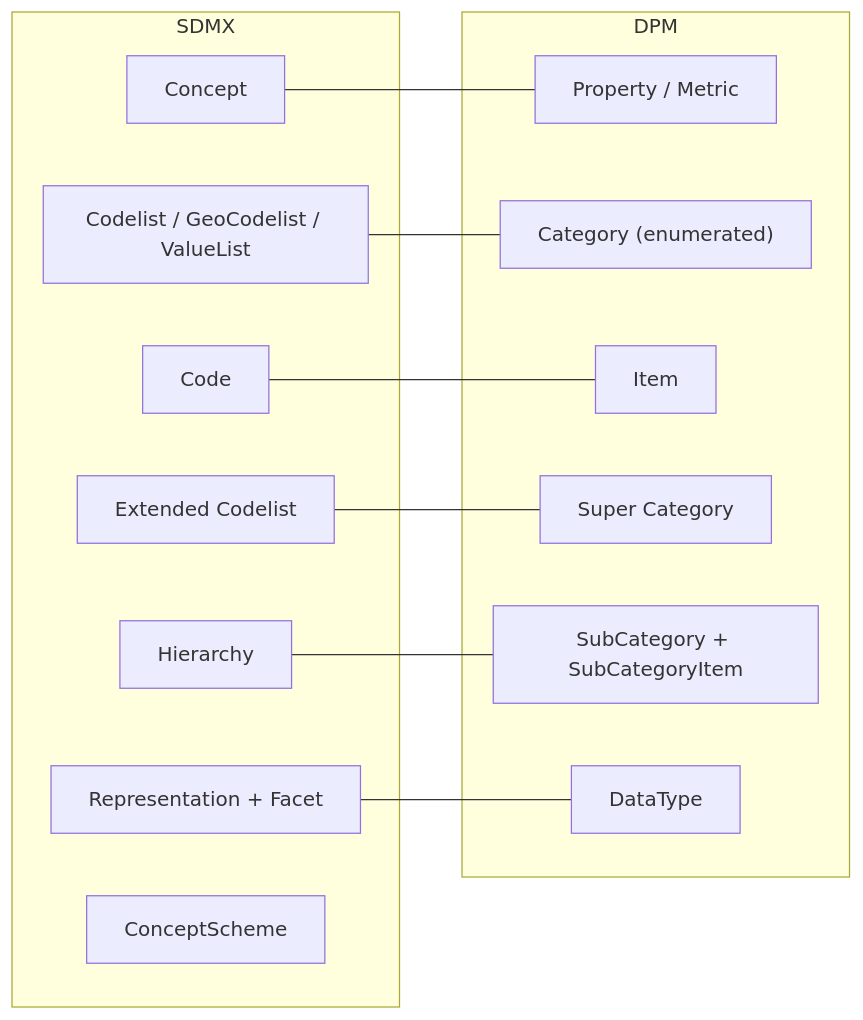
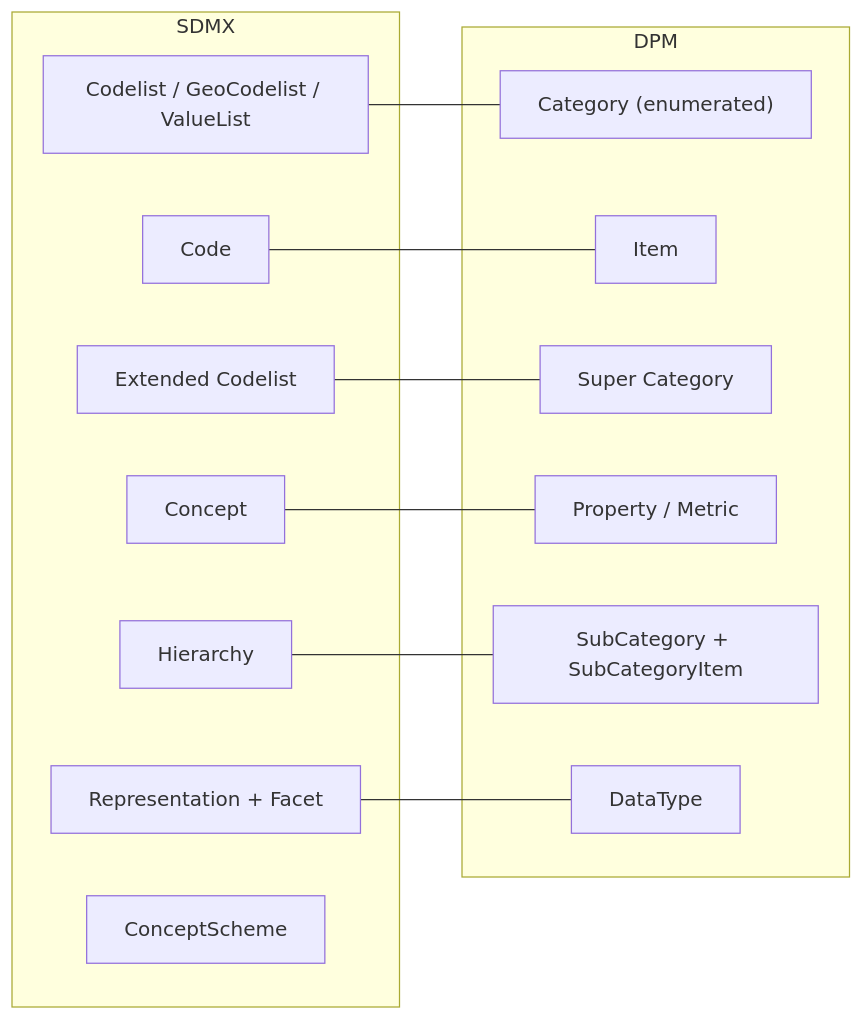
The diagram in docs/models-relationships/01_glossary/02_high_level_mapping_summary.md (sdmx-twg/wp-sdmx-dpm), drawn with Mermaid before and after one commit. The commit also changed other lines of this file and 10 other files, not shown here.

````diff
--- a/docs/models-relationships/01_glossary/02_high_level_mapping_summary.md
+++ b/docs/models-relationships/01_glossary/02_high_level_mapping_summary.md
@@ -26,28 +26,28 @@
 ```mermaid
 flowchart LR
   subgraph SDMX
-    sConcept["Concept"]
     sCodelist["Codelist / GeoCodelist / ValueList"]
     sCode["Code"]
     sExt["Extended Codelist"]
+    sConcept["Concept"]
     sHier["Hierarchy"]
     sRep["Representation + Facet"]
     sCS["ConceptScheme"]
   end
 
   subgraph DPM
-    dProp["Property / Metric"]
     dCat["Category (enumerated)"]
     dItem["Item"]
     dSuper["Super Category"]
+    dProp["Property / Metric"]
     dSub["SubCategory + SubCategoryItem"]
     dDT["DataType"]
   end
 
   sConcept --- dProp
   sCodelist --- dCat
   sCode --- dItem
   sExt --- dSuper
   sHier --- dSub
   sRep --- dDT
 ```
````
